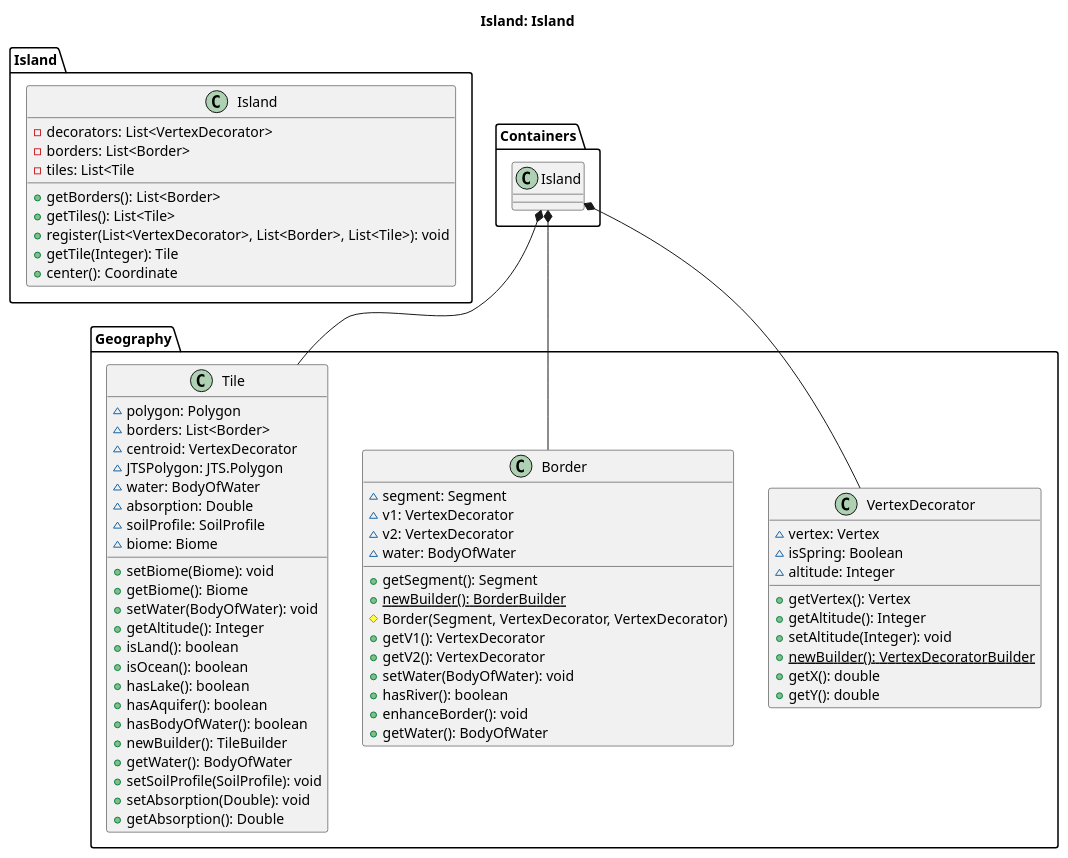
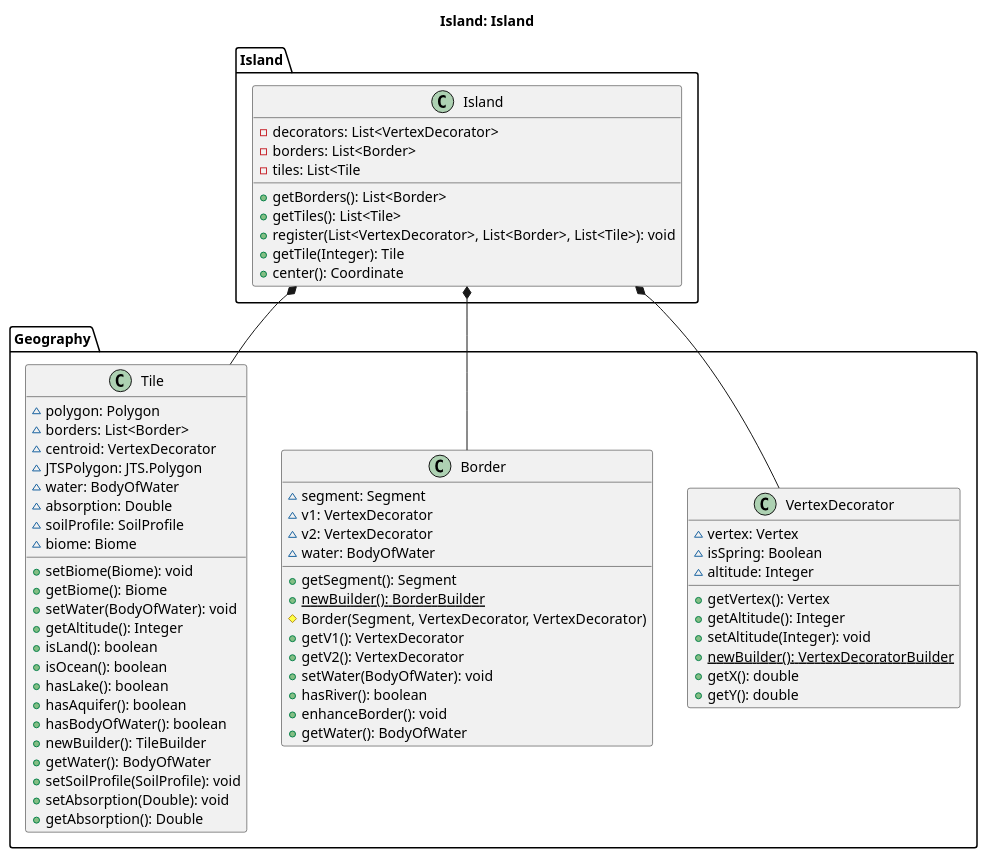
One commit to itshady/Island-Generator changed the diagram in umlDiagrams/A3/IndividualPackages/Island/island_island.puml. Above: the diagram before and after it, drawn with PlantUML. The commit also changed 1 other file, not shown here.

Commit message:
Fixed labelling mistake in Island uml diagram

```diff
--- a/umlDiagrams/A3/IndividualPackages/Island/island_island.puml
+++ b/umlDiagrams/A3/IndividualPackages/Island/island_island.puml
@@ -1,87 +1,87 @@
 @startuml
 
 title Island: Island
 
 package Island {
 
   class Island {
 
     -decorators: List<VertexDecorator>
     -borders: List<Border>
     -tiles: List<Tile
 
     +getBorders(): List<Border>
     +getTiles(): List<Tile>
     +register(List<VertexDecorator>, List<Border>, List<Tile>): void
     +getTile(Integer): Tile
     +center(): Coordinate
 
   }
 
 }
 
 package Geography {
   class VertexDecorator {
     ~vertex: Vertex
     ~isSpring: Boolean
     ~altitude: Integer
 
     +getVertex(): Vertex
     +getAltitude(): Integer
     +setAltitude(Integer): void
     +{static} newBuilder(): VertexDecoratorBuilder
     +getX(): double
     +getY(): double
   }
   class Border {
     ~segment: Segment
     ~v1: VertexDecorator
     ~v2: VertexDecorator
     ~water: BodyOfWater
 
     +getSegment(): Segment
     +{static} newBuilder(): BorderBuilder
     #Border(Segment, VertexDecorator, VertexDecorator)
     +getV1(): VertexDecorator
     +getV2(): VertexDecorator
     +setWater(BodyOfWater): void
     +hasRiver(): boolean
     +enhanceBorder(): void
     +getWater(): BodyOfWater
 
   }
   class Tile {
 
     ~polygon: Polygon
     ~borders: List<Border>
     ~centroid: VertexDecorator
     ~JTSPolygon: JTS.Polygon
     ~water: BodyOfWater
     ~absorption: Double
     ~soilProfile: SoilProfile
     ~biome: Biome
 
     +setBiome(Biome): void
     +getBiome(): Biome
     +setWater(BodyOfWater): void
     +getAltitude(): Integer
     +isLand(): boolean
     +isOcean(): boolean
     +hasLake(): boolean
     +hasAquifer(): boolean
     +hasBodyOfWater(): boolean
     +newBuilder(): TileBuilder
     +getWater(): BodyOfWater
     +setSoilProfile(SoilProfile): void
     +setAbsorption(Double): void
     +getAbsorption(): Double
 
   }
 }
 
-Containers.Island *-- Geography.VertexDecorator
-Containers.Island *-- Geography.Border
-Containers.Island *-- Geography.Tile
+Island.Island *-- Geography.VertexDecorator
+Island.Island *-- Geography.Border
+Island.Island *-- Geography.Tile
 
 
 @enduml
```
